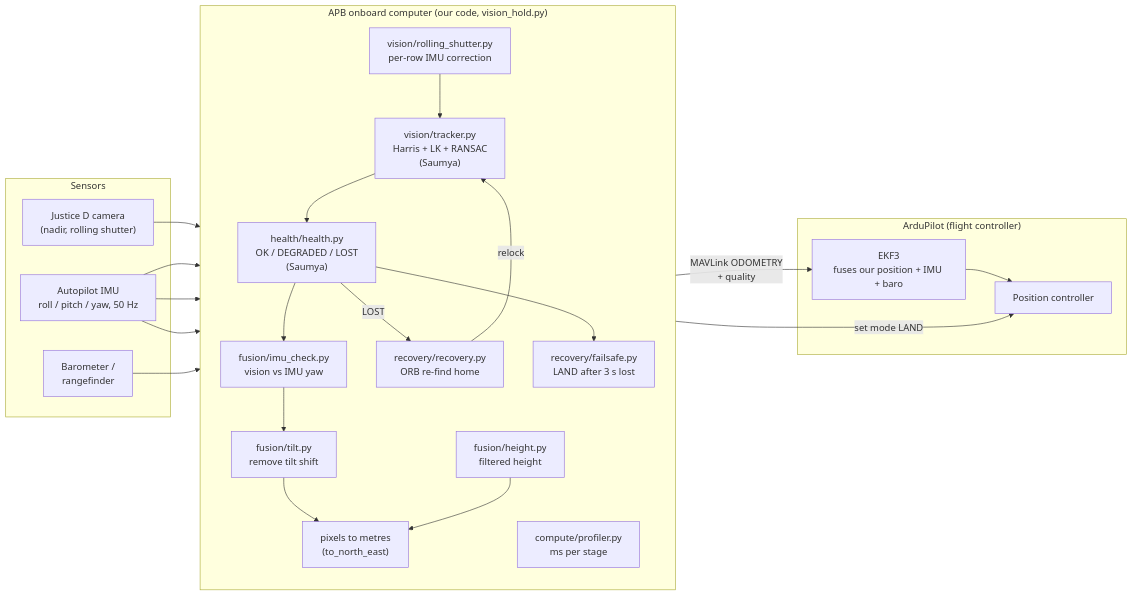
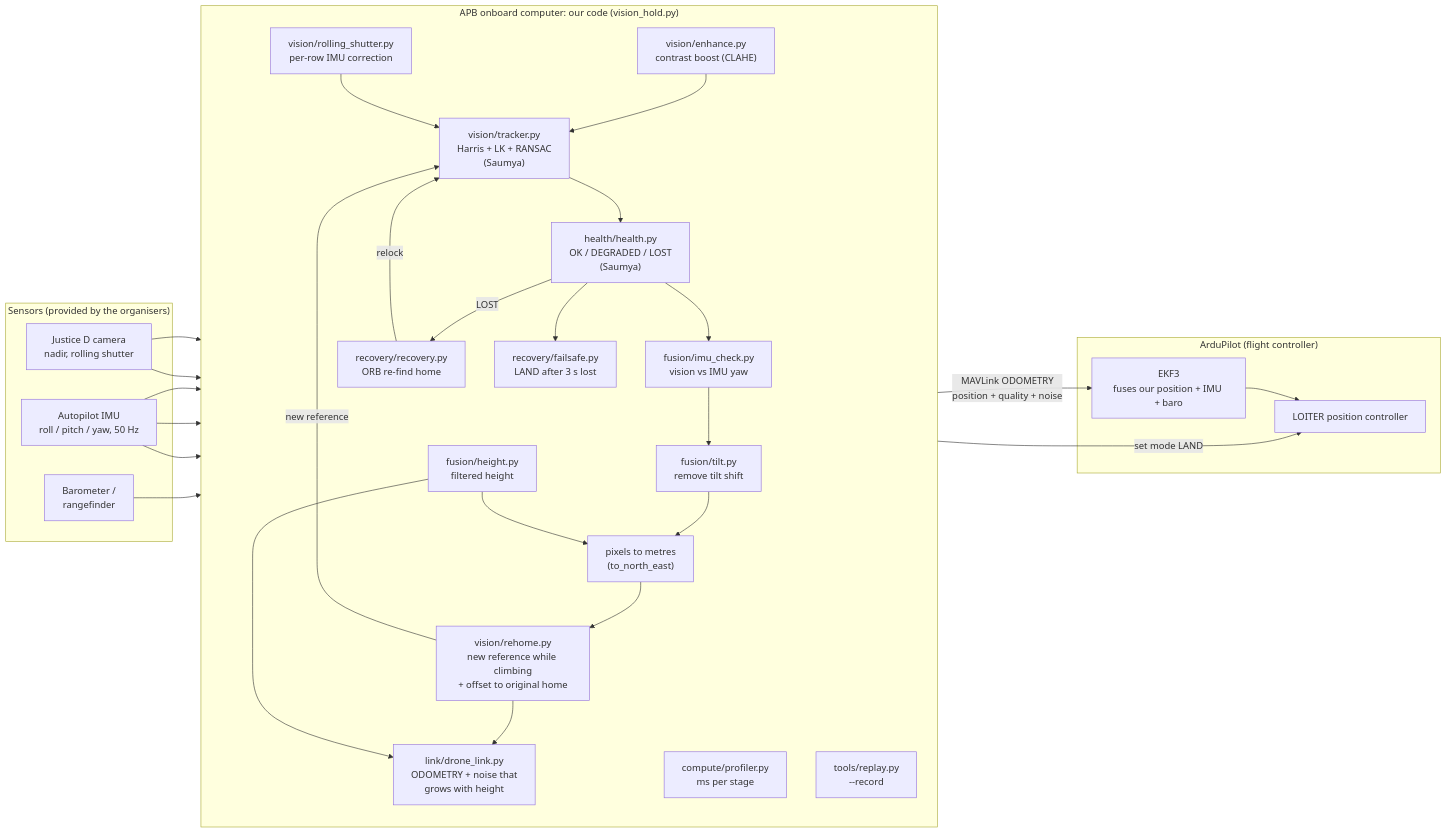
Before and after one commit to Sj011106/DroneCode: the first of 4 diagrams in README.md, drawn with Mermaid. The commit also changed other lines of this file and 15 other files, not shown here.

First line of the commit message:
Add climb re-homing, record/replay, real-drift tool, altitude contrast boost; update README diagrams

````diff
--- a/README.md
+++ b/README.md
@@ -49,37 +56,44 @@
 ```mermaid
 flowchart LR
-    subgraph SENSORS["Sensors"]
-        CAM["Justice D camera<br/>(nadir, rolling shutter)"]
+    subgraph SENSORS["Sensors (provided by the organisers)"]
+        CAM["Justice D camera<br/>nadir, rolling shutter"]
         IMU["Autopilot IMU<br/>roll / pitch / yaw, 50 Hz"]
         ALT["Barometer /<br/>rangefinder"]
     end
 
-    subgraph APB["APB onboard computer (our code, vision_hold.py)"]
+    subgraph APB["APB onboard computer: our code (vision_hold.py)"]
         direction TB
+        ENH["vision/enhance.py<br/>contrast boost (CLAHE)"]
         TRK["vision/tracker.py<br/>Harris + LK + RANSAC<br/>(Saumya)"]
         RS["vision/rolling_shutter.py<br/>per-row IMU correction"]
         HLT["health/health.py<br/>OK / DEGRADED / LOST<br/>(Saumya)"]
         IMUC["fusion/imu_check.py<br/>vision vs IMU yaw"]
         REC["recovery/recovery.py<br/>ORB re-find home"]
         TILT["fusion/tilt.py<br/>remove tilt shift"]
         HGT["fusion/height.py<br/>filtered height"]
         MET["pixels to metres<br/>(to_north_east)"]
+        RH["vision/rehome.py<br/>new reference while climbing<br/>+ offset to original home"]
+        LINK["link/drone_link.py<br/>ODOMETRY + noise that<br/>grows with height"]
         FS["recovery/failsafe.py<br/>LAND after 3 s lost"]
         PROF["compute/profiler.py<br/>ms per stage"]
+        RECD["tools/replay.py<br/>--record"]
     end
 
     subgraph AP["ArduPilot (flight controller)"]
         EKF["EKF3<br/>fuses our position + IMU + baro"]
-        CTRL["Position controller"]
+        CTRL["LOITER position controller"]
     end
 
-    CAM --> TRK
+    CAM --> ENH --> TRK
+    CAM --> RECD
     IMU --> RS --> TRK
-    TRK --> HLT --> IMUC --> TILT --> MET
+    TRK --> HLT --> IMUC --> TILT --> MET --> RH --> LINK
     HLT -- "LOST" --> REC -- "relock" --> TRK
+    RH -- "new reference" --> TRK
     IMU --> IMUC
     IMU --> TILT
     ALT --> HGT --> MET
-    MET -- "MAVLink ODOMETRY<br/>+ quality" --> EKF --> CTRL
+    HGT --> LINK
+    LINK -- "MAVLink ODOMETRY<br/>position + quality + noise" --> EKF --> CTRL
     HLT --> FS -- "set mode LAND" --> CTRL
 ```
````
